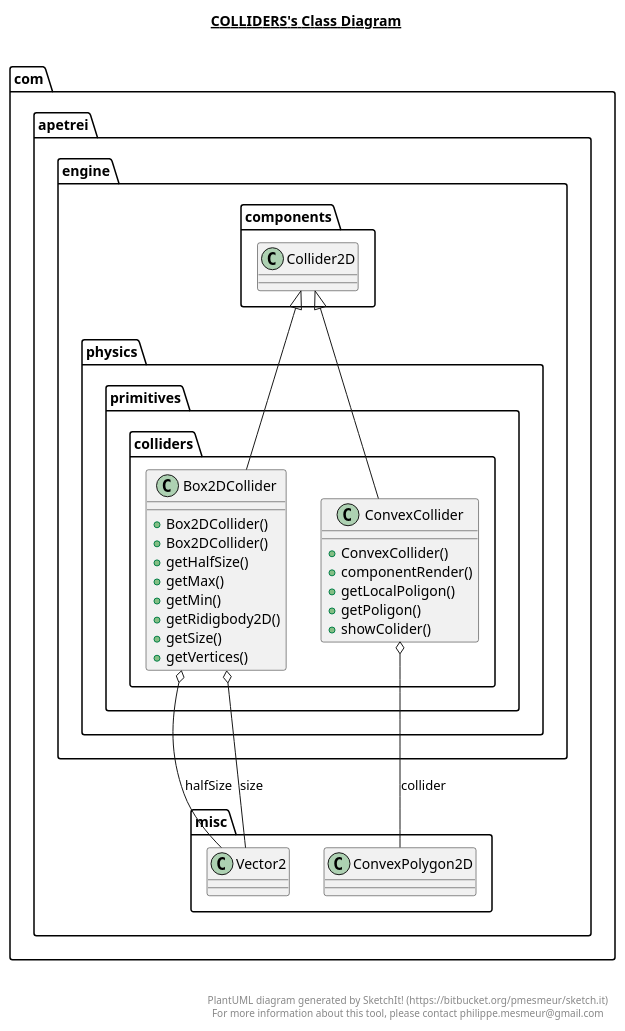
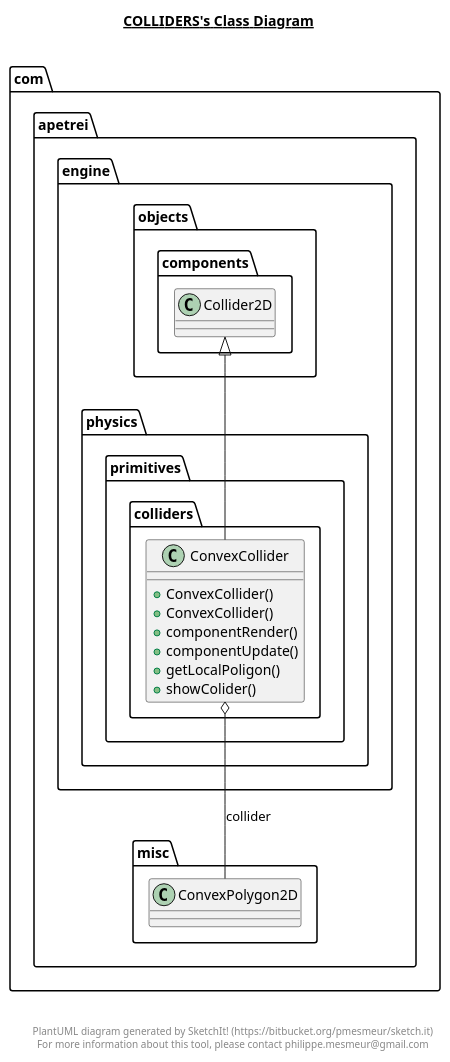
Before and after one commit to TheWiseWolfy/Wild-Sky: the diagram in out/production/Skewed Engine/com/apetrei/engine/physics/primitives/colliders/colliders.plantuml, drawn with PlantUML. The commit also changed 51 other files, not shown here.

```diff
--- a/out/production/Skewed Engine/com/apetrei/engine/physics/primitives/colliders/colliders.plantuml
+++ b/out/production/Skewed Engine/com/apetrei/engine/physics/primitives/colliders/colliders.plantuml
@@ -1,56 +1,32 @@
 @startuml
 
 title __COLLIDERS's Class Diagram__\n
 
   namespace com.apetrei.engine {
     namespace physics {
-      namespace primitives {
-        namespace colliders {
-          class com.apetrei.engine.physics.primitives.colliders.Box2DCollider {
-              + Box2DCollider()
-              + Box2DCollider()
-              + getHalfSize()
-              + getMax()
-              + getMin()
-              + getRidigbody2D()
-              + getSize()
-              + getVertices()
-          }
+      namespace primitives.colliders {
+        class com.apetrei.engine.physics.primitives.colliders.ConvexCollider {
+            + ConvexCollider()
+            + ConvexCollider()
+            + componentRender()
+            + componentUpdate()
+            + getLocalPoligon()
+            + showColider()
         }
       }
     }
   }
   
 
-  namespace com.apetrei.engine {
-    namespace physics {
-      namespace primitives {
-        namespace colliders {
-          class com.apetrei.engine.physics.primitives.colliders.ConvexCollider {
-              + ConvexCollider()
-              + componentRender()
-              + getLocalPoligon()
-              + getPoligon()
-              + showColider()
-          }
-        }
-      }
-    }
-  }
-  
-
-  com.apetrei.engine.physics.primitives.colliders.Box2DCollider -up-|> com.apetrei.engine.components.Collider2D
-  com.apetrei.engine.physics.primitives.colliders.Box2DCollider o-- com.apetrei.misc.Vector2 : halfSize
-  com.apetrei.engine.physics.primitives.colliders.Box2DCollider o-- com.apetrei.misc.Vector2 : size
-  com.apetrei.engine.physics.primitives.colliders.ConvexCollider -up-|> com.apetrei.engine.components.Collider2D
+  com.apetrei.engine.physics.primitives.colliders.ConvexCollider -up-|> com.apetrei.engine.objects.components.Collider2D
   com.apetrei.engine.physics.primitives.colliders.ConvexCollider o-- com.apetrei.misc.ConvexPolygon2D : collider
 
 
 right footer
 
 
 PlantUML diagram generated by SketchIt! (https://bitbucket.org/pmesmeur/sketch.it)
 For more information about this tool, please contact philippe.mesmeur@gmail.com
 endfooter
 
 @enduml
```
